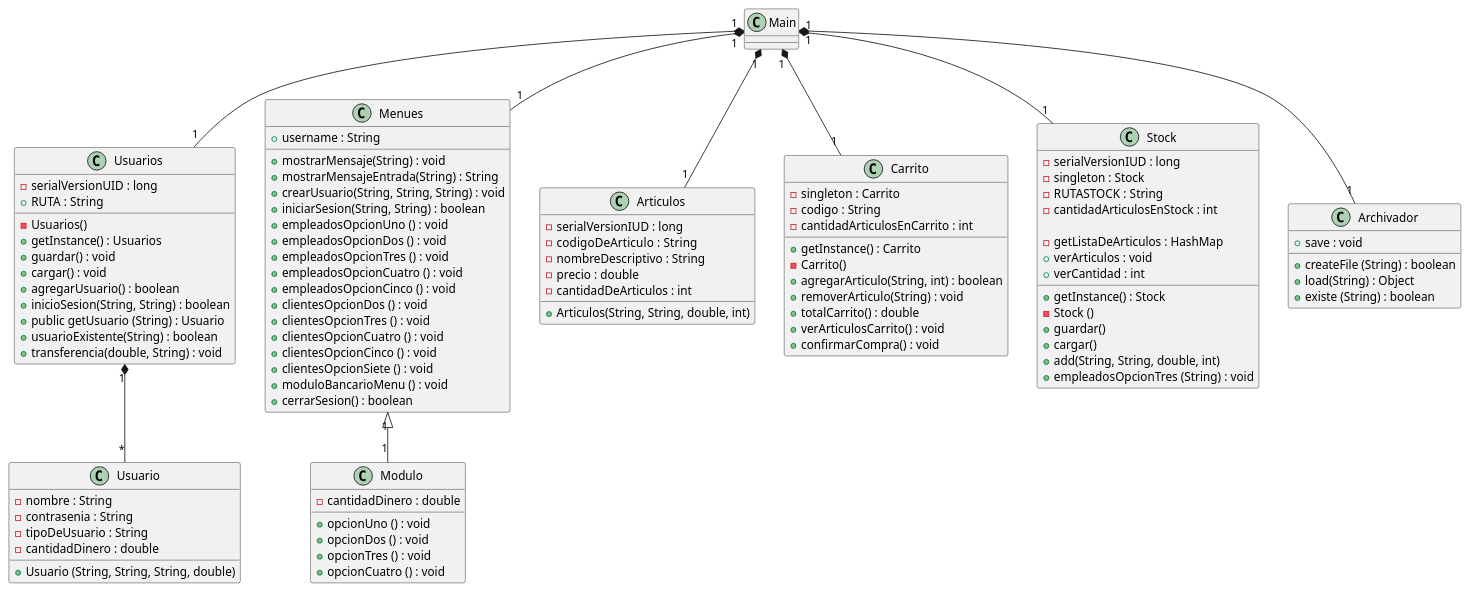
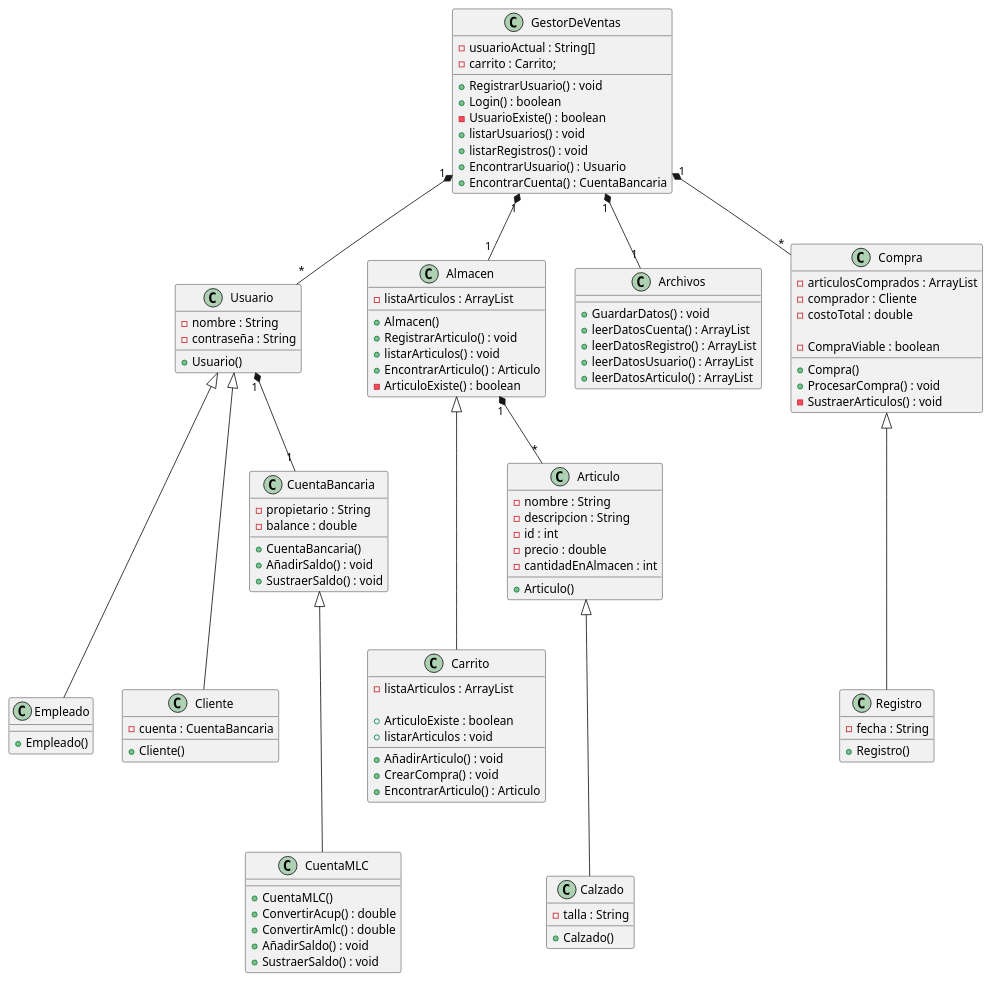
Before and after one commit to Jasn2002/GestionDeVentas: the diagram in GestorDeVentas.wsd, drawn with PlantUML. The commit also changed 64 other files, not shown here.

```diff
--- a/GestorDeVentas.wsd
+++ b/GestorDeVentas.wsd
@@ -1,119 +1,128 @@
 @startuml GestorDeVentas
 
-class Main{
+class GestorDeVentas{
+    - usuarioActual : String[]
+    - carrito : Carrito;
 
-}
-
-class Usuarios{
-    - serialVersionUID : long
-    + RUTA : String
-
-    - Usuarios()
-    + getInstance() : Usuarios
-    + guardar() : void
-    + cargar() : void
-    + agregarUsuario() : boolean
-    + inicioSesion(String, String) : boolean
-    + public getUsuario (String) : Usuario
-    + usuarioExistente(String) : boolean
-    + transferencia(double, String) : void
-
+    + RegistrarUsuario() : void
+    + Login() : boolean
+    - UsuarioExiste() : boolean
+    + listarUsuarios() : void
+    + listarRegistros() : void
+    + EncontrarUsuario() : Usuario
+    + EncontrarCuenta() : CuentaBancaria
 }
 
 class Usuario{
     - nombre : String
-	- contrasenia : String
-	- tipoDeUsuario : String
-	- cantidadDinero : double
+    - contraseña : String
 
-    + Usuario (String, String, String, double)
+    + Usuario()
+
 }
 
-class Menues{
-     + username : String
-     
-     + mostrarMensaje(String) : void
-     + mostrarMensajeEntrada(String) : String
-     + crearUsuario(String, String, String) : void
-     + iniciarSesion(String, String) : boolean
-     + empleadosOpcionUno () : void
-     + empleadosOpcionDos () : void
-     + empleadosOpcionTres () : void
-     + empleadosOpcionCuatro () : void
-     + empleadosOpcionCinco () : void
-     + clientesOpcionDos () : void
-     + clientesOpcionTres () : void
-     + clientesOpcionCuatro () : void
-     + clientesOpcionCinco () : void
-     + clientesOpcionSiete () : void
-     + moduloBancarioMenu () : void
-     + cerrarSesion() : boolean
+class Empleado{
+
+    + Empleado()
 }
 
-class Modulo{
-    - cantidadDinero : double
+class Cliente{
+    - cuenta : CuentaBancaria
 
-    + opcionUno () : void
-    + opcionDos () : void
-    + opcionTres () : void
-    + opcionCuatro () : void
+    + Cliente()
 }
 
-class Articulos {
-    - serialVersionIUD : long
-    - codigoDeArticulo  : String
-    - nombreDescriptivo : String
-    - precio : double
-    - cantidadDeArticulos : int
+class CuentaBancaria{
+    - propietario : String
+    - balance : double
 
-    + Articulos(String, String, double, int)
+    + CuentaBancaria()
+    + AñadirSaldo() : void
+    + SustraerSaldo() : void
+}
+
+class CuentaMLC {
+    
+    + CuentaMLC()
+    + ConvertirAcup() : double
+    + ConvertirAmlc() : double
+    + AñadirSaldo() : void
+    + SustraerSaldo() : void
 
 }
 
 class Carrito{
-    - singleton : Carrito
-    - codigo : String
-    - cantidadArticulosEnCarrito : int
+    - listaArticulos : ArrayList
 
-    + getInstance() : Carrito
-    - Carrito()
-    + agregarArticulo(String, int) : boolean
-    + removerArticulo(String) : void
-    + totalCarrito() : double
-    + verArticulosCarrito() : void
-    + confirmarCompra() : void
+    + AñadirArticulo() : void
+    + CrearCompra() : void
+    + EncontrarArticulo() : Articulo
+    + ArticuloExiste : boolean
+    + listarArticulos : void
 }
 
-class Stock {
-    - serialVersionIUD : long
-    - singleton : Stock
-    - RUTASTOCK : String
-    - cantidadArticulosEnStock : int
+class Almacen {
+    - listaArticulos : ArrayList
 
-    + getInstance() : Stock
-    - Stock ()
-    + guardar()
-    + cargar()
-    - getListaDeArticulos : HashMap
-    + add(String, String, double, int)
-    + verArticulos : void
-    + verCantidad : int
-    + empleadosOpcionTres (String) : void
+    + Almacen()
+    + RegistrarArticulo() : void
+    + listarArticulos() : void
+    + EncontrarArticulo() : Articulo
+    - ArticuloExiste() : boolean 
 }
 
-class Archivador {
-    + createFile (String) : boolean
-    + load(String) : Object
-    + save : void
-    + existe (String) : boolean
+class Archivos {
+    + GuardarDatos() : void
+    + leerDatosCuenta() : ArrayList
+    + leerDatosRegistro() : ArrayList
+    + leerDatosUsuario() : ArrayList
+    + leerDatosArticulo() : ArrayList
 }
 
-Main "1" *-- "1" Articulos
-Main "1" *-- "1" Carrito
-Main "1" *-- "1" Stock
-Main "1" *-- "1" Usuarios
-Main "1" *-- "1" Menues
-Main "1" *-- "1" Archivador
-Usuarios "1" *-- "*" Usuario
-Menues "1" <|-- "1" Modulo
+class Compra {
+    - articulosComprados : ArrayList
+    - comprador : Cliente
+    - costoTotal : double
+
+    + Compra()
+    + ProcesarCompra() : void
+    - CompraViable : boolean
+    - SustraerArticulos() : void
+
+}
+
+class Registro{
+    - fecha : String
+
+    + Registro()
+}
+
+class Articulo{
+    - nombre : String
+    - descripcion : String
+    - id : int
+    - precio : double
+    - cantidadEnAlmacen : int
+
+    + Articulo()
+    }
+
+class Calzado{
+    - talla : String
+
+    + Calzado()
+}
+
+GestorDeVentas "1" *-- "1" Almacen
+Almacen <|--- Carrito
+Almacen "1" *-- "*" Articulo
+Articulo <|--- Calzado
+GestorDeVentas "1" *-- "*" Usuario
+Usuario <|--- Cliente
+Usuario <|--- Empleado
+GestorDeVentas "1" *-- "*" Compra
+Compra <|--- Registro
+Usuario "1" *-- "1" CuentaBancaria
+CuentaBancaria <|--- CuentaMLC
+GestorDeVentas "1" *-- "1" Archivos
 @enduml
```
